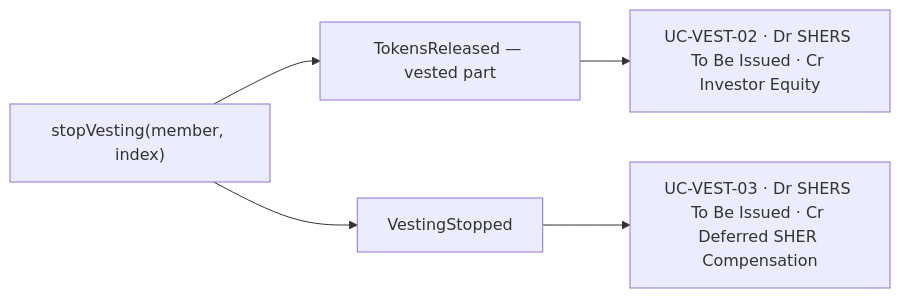
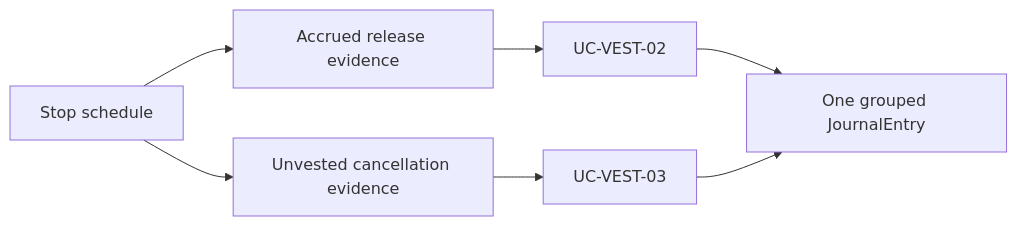
The diagram in docs/features/accounting/vesting-accounting-restricted-stock.md (globe-and-citizen/cnc-portal), drawn with Mermaid before and after one commit. The commit also changed other lines of this file and 12 other files, not shown here.

````diff
--- a/docs/features/accounting/vesting-accounting-restricted-stock.md
+++ b/docs/features/accounting/vesting-accounting-restricted-stock.md
@@ -59,7 +33,9 @@
 ```mermaid
 flowchart LR
-    Stop["stopVesting(member, index)"] --> Released["TokensReleased — vested part"]
-    Stop --> Stopped["VestingStopped"]
-    Released --> UC02["UC-VEST-02 · Dr SHERS To Be Issued · Cr Investor Equity"]
-    Stopped --> UC03["UC-VEST-03 · Dr SHERS To Be Issued · Cr Deferred SHER Compensation"]
+    Stop[Stop schedule] --> Release[Accrued release evidence]
+    Stop --> Cancel[Unvested cancellation evidence]
+    Release --> UC02[UC-VEST-02]
+    Cancel --> UC03[UC-VEST-03]
+    UC02 --> Entry[One grouped JournalEntry]
+    UC03 --> Entry
 ```
````
